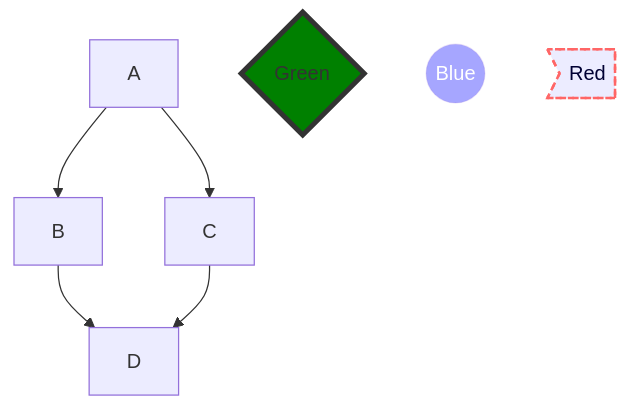
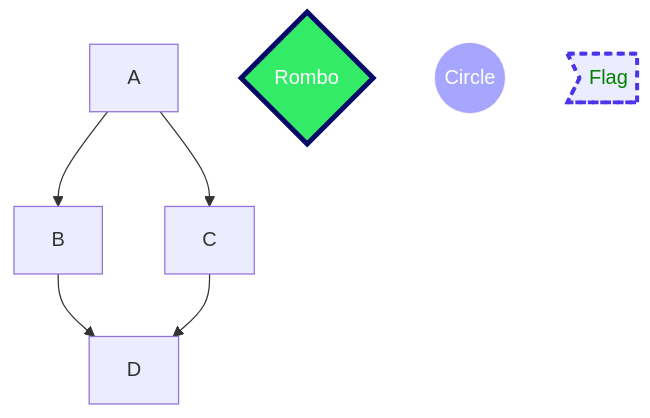
The diagram in README.md (danielurra/mermaid), drawn with Mermaid before and after one commit.

````diff
--- a/README.md
+++ b/README.md
@@ -8,15 +8,15 @@
 ```mermaid
   graph TD;
       A-->B;
       A-->C;
       B-->D;
       C-->D;
-      st{Green};
-      good((Blue));
-      en>Red];
-      style en fill:008000,stroke:#f66,stroke-width:2px,color:#003,stroke-dasharray: 5 5;
+      st{Rombo};
+      good((Circle));
+      en>Flag];
+      style st fill:#34eb67,color:#FFFFFF,stroke:#040969,stroke-width:4px;
       style good fill:blue,fill-opacity:0.35,color:#FFFFFF,stroke-opacity:0.2;
-      style st fill:#008000,stroke:#333,stroke-width:4px;
+      style en stroke:#4c34eb,stroke-width:3px,color:#008000,stroke-dasharray: 5 5;
       
       
 ```
````
